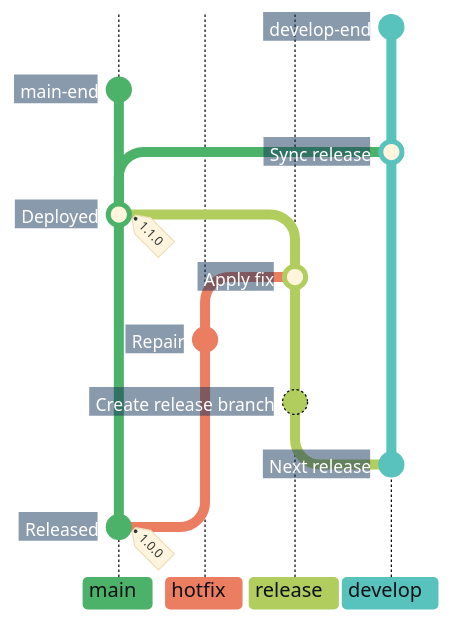
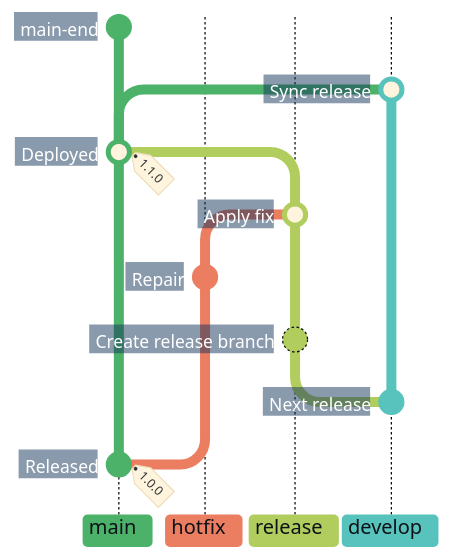
One commit to superhero/operations.superduper.solutions changed the fourth of 7 diagrams in docs/adr/cicd.md. Above: the diagram before and after it, drawn with Mermaid. The commit also changed other lines of this file, not shown here.

Commit message:
docs(cicd): shorten upward branch continuations

````diff
--- a/docs/adr/cicd.md
+++ b/docs/adr/cicd.md
@@ -160,33 +154,31 @@
 ```mermaid
-%%{init: {"theme": "base", "themeCSS": "line.branch { stroke: #8B949E; stroke-width: 1px; stroke-dasharray: 1 4; stroke-linecap: round; } .branchLabel, .tag-label { font-weight: 700; } .tag-label-bkg, .commit-label-bkg { opacity: 0.9; } .tag-label-bkg { fill: #B8E6C4; stroke: #8ED3A2; } .branchLabelBkg { opacity: 1; clip-path: inset(0 8px 0 0 round 4px) fill-box; } .commit-labels g:last-of-type { visibility: hidden; } path.arrow3:not(.arrow3 ~ .arrow3) { filter: drop-shadow(0 50px 0 #57C3BC); } .commit-labels g:nth-of-type(-n+2), .commit.main-end, .commit.develop-end { visibility: hidden; } .commit-arrows path.arrow0:nth-last-child(2) { filter: drop-shadow(0 -50px 0 #4CB269); } .commit-labels g { transform-box: fill-box; transform-origin: calc(100% + 17px) calc(50% + 2px); transform: rotate(-10deg); } .commit-label { font-weight: 700; transform: translateX(-8px); } .commit-label-bkg { stroke: #17365D; stroke-width: 20px; transform: translateX(-5px); clip-path: polygon(-4px -4px, calc(100% + 4px) -4px, calc(100% + 10px) 50%, calc(100% + 4px) calc(100% + 4px), -4px calc(100% + 4px)) fill-box; } .commit.branch { stroke: #B1CD5E; stroke-dasharray: none; }", "gitGraph": {"showCommitLabel": true, "rotateCommitLabel": false}, "themeVariables": {
+%%{init: {"theme": "base", "themeCSS": "line.branch { stroke: #8B949E; stroke-width: 1px; stroke-dasharray: 1 4; stroke-linecap: round; } .branchLabel, .tag-label { font-weight: 700; } .tag-label-bkg, .commit-label-bkg { opacity: 0.9; } .tag-label-bkg { fill: #B8E6C4; stroke: #8ED3A2; } .branchLabelBkg { opacity: 1; clip-path: inset(0 8px 0 0 round 4px) fill-box; } .commit-labels g:last-of-type { visibility: hidden; } path.arrow3:not(.arrow3 ~ .arrow3) { filter: drop-shadow(0 50px 0 #57C3BC); } .commit-labels g:first-of-type, .commit.main-end { visibility: hidden; } .commit-arrows path.arrow3:nth-last-child(3) { filter: drop-shadow(0 50px 0 #57C3BC) drop-shadow(0 -50px 0 #57C3BC); } .commit-labels g { transform-box: fill-box; transform-origin: calc(100% + 17px) calc(50% + 2px); transform: rotate(-10deg); } .commit-label { font-weight: 700; transform: translateX(-8px); } .commit-label-bkg { stroke: #17365D; stroke-width: 20px; transform: translateX(-5px); clip-path: polygon(-4px -4px, calc(100% + 4px) -4px, calc(100% + 10px) 50%, calc(100% + 4px) calc(100% + 4px), -4px calc(100% + 4px)) fill-box; } .commit.branch { stroke: #B1CD5E; stroke-dasharray: none; }", "gitGraph": {"showCommitLabel": true, "rotateCommitLabel": false}, "themeVariables": {
     "commitLabelFontSize": "14px", "commitLabelColor": "#FFFFFF", "commitLabelBackground": "#17365D",
     "git0": "#4CB269", "gitBranchLabel0": "#0D1117",
     "git1": "#EB7D61", "gitBranchLabel1": "#0D1117",
     "git2": "#B1CD5E", "gitBranchLabel2": "#0D1117",
     "git3": "#57C3BC", "gitBranchLabel3": "#0D1117"
 }}}%%
 gitGraph BT:
     %% Show existing main and develop lanes with earlier ancestry omitted.
     branch develop order: 3
     checkout main
     commit id: "Released" tag: "1.0.0"
     checkout develop
     %% Extend develop by 50px before this fork to show prior history without a starting node.
     commit id: "Next release"
     branch "release" order: 2
     commit id: "Create release branch"
     checkout main
     branch "hotfix" order: 1
     commit id: "Repair"
     checkout "release"
     merge "hotfix" id: "Apply fix"
     checkout main
     merge "release" id: "Deployed" tag: "1.1.0"
     checkout develop
     merge main id: "Sync release"
-    %% Hidden endpoints continue both permanent branches; extend main by 50px to align the tips.
+    %% A hidden main endpoint and a 50px develop extension align the continuing tips.
     checkout main
     commit id: "main-end"
-    checkout develop
-    commit id: "develop-end"
 ```
````
